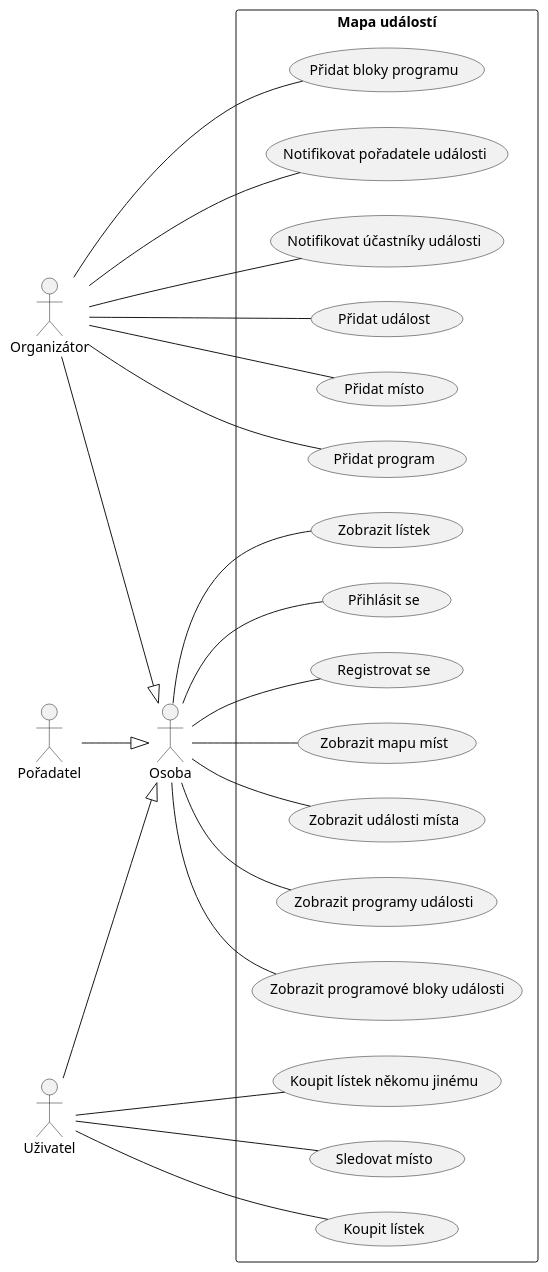
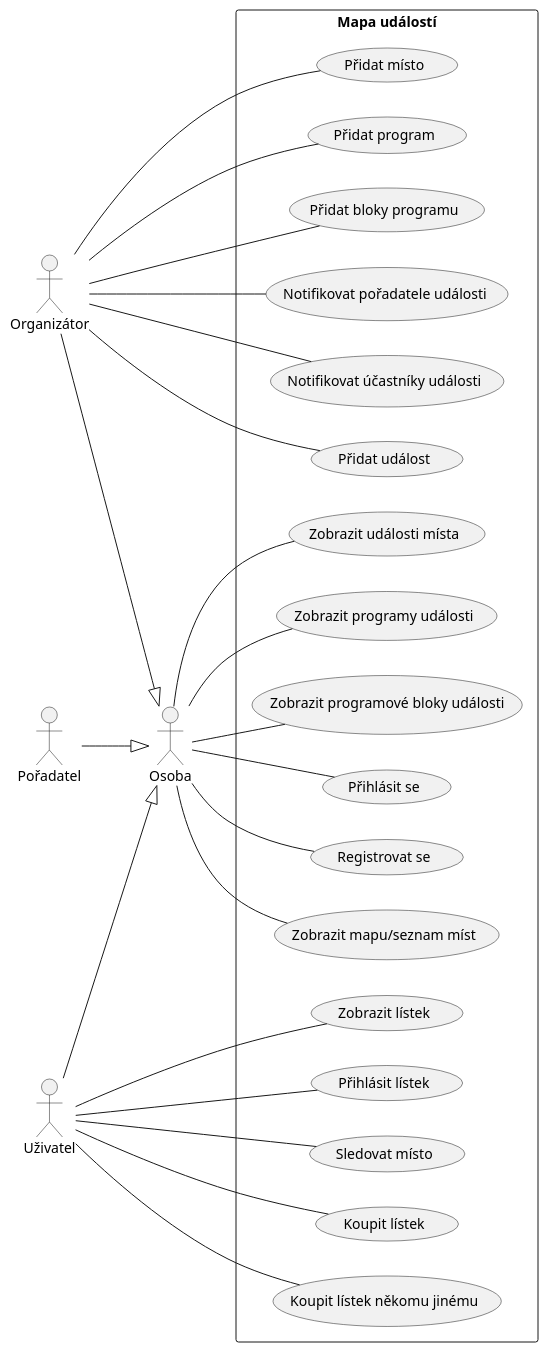
Before and after one commit to stahlgit/fit_iis_project: the diagram in docs/uc.puml, drawn with PlantUML. The commit also changed 2 other files, not shown here.

```diff
--- a/docs/uc.puml
+++ b/docs/uc.puml
@@ -1,31 +1,32 @@
 @startuml
 left to right direction
 
 actor Osoba
 actor Organizátor
 actor Pořadatel
 actor Uživatel
 
 Uživatel  --|> Osoba
 Pořadatel --|> Osoba
 Organizátor --|> Osoba
 
 rectangle "Mapa událostí" {
-	Osoba -- (Zobrazit mapu míst)
+	Osoba -- (Zobrazit mapu/seznam míst)
 	Osoba -- (Zobrazit události místa)
 	Osoba -- (Zobrazit programy události)
 	Osoba -- (Zobrazit programové bloky události)
-	Osoba -- (Zobrazit lístek)
 	Osoba -- (Přihlásit se)
 	Osoba -- (Registrovat se)
 	Uživatel -- (Sledovat místo)
 	Uživatel -- (Koupit lístek)
 	Uživatel -- (Koupit lístek někomu jinému)
+	Uživatel -- (Zobrazit lístek)
+	Uživatel -- (Přihlásit lístek)
 	Organizátor -- (Přidat událost)
 	Organizátor -- (Přidat místo)
 	Organizátor -- (Přidat program)
 	Organizátor -- (Přidat bloky programu)
 	Organizátor -- (Notifikovat pořadatele události)
 	Organizátor -- (Notifikovat účastníky události)
 }
 @enduml
```
